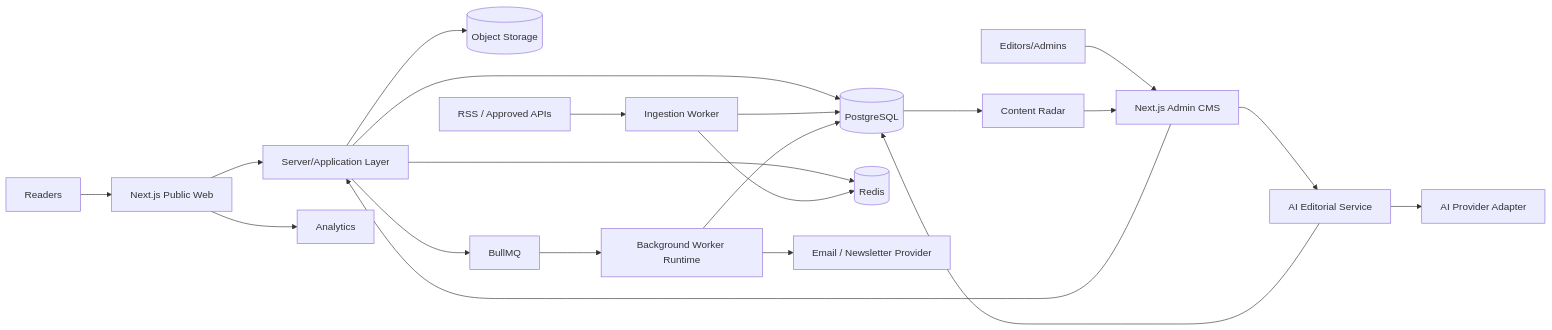
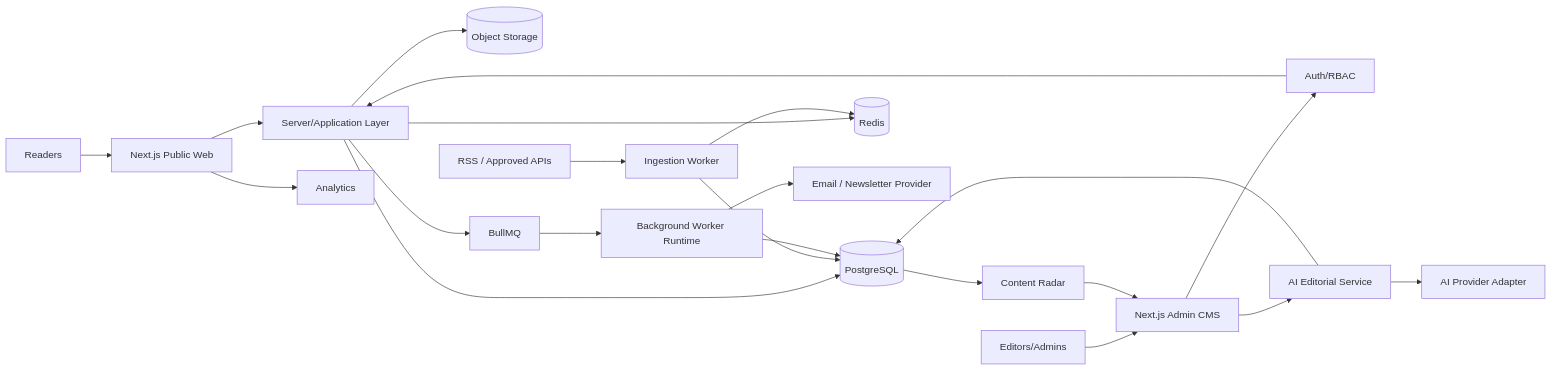
One commit to YounasKhan2/living-journal changed the first of 5 diagrams in docs/ARCHITECTURE.md. Above: the diagram before and after it, drawn with Mermaid. The commit also changed other lines of this file, not shown here.

Commit message:
docs(auth): align architecture with Phase 1 auth design

````diff
--- a/docs/ARCHITECTURE.md
+++ b/docs/ARCHITECTURE.md
@@ -42,28 +54,29 @@
 ```mermaid
 flowchart LR
   Reader[Readers] --> Web[Next.js Public Web]
   Editor[Editors/Admins] --> CMS[Next.js Admin CMS]
 
   Web --> Server[Server/Application Layer]
-  CMS --> Server
+  CMS --> Auth[Auth/RBAC]
+  Auth --> Server
   Server --> DB[(PostgreSQL)]
   Server --> Storage[(Object Storage)]
   Server --> Redis[(Redis)]
 
   RSS[RSS / Approved APIs] --> Worker[Ingestion Worker]
   Worker --> Redis
   Worker --> DB
   DB --> Radar[Content Radar]
   Radar --> CMS
 
   CMS --> AI[AI Editorial Service]
   AI --> Providers[AI Provider Adapter]
   AI --> DB
 
   Server --> Queue[BullMQ]
   Queue --> Jobs[Background Worker Runtime]
   Jobs --> Email[Email / Newsletter Provider]
   Jobs --> DB
 
   Web --> Analytics[Analytics]
 ```
````
